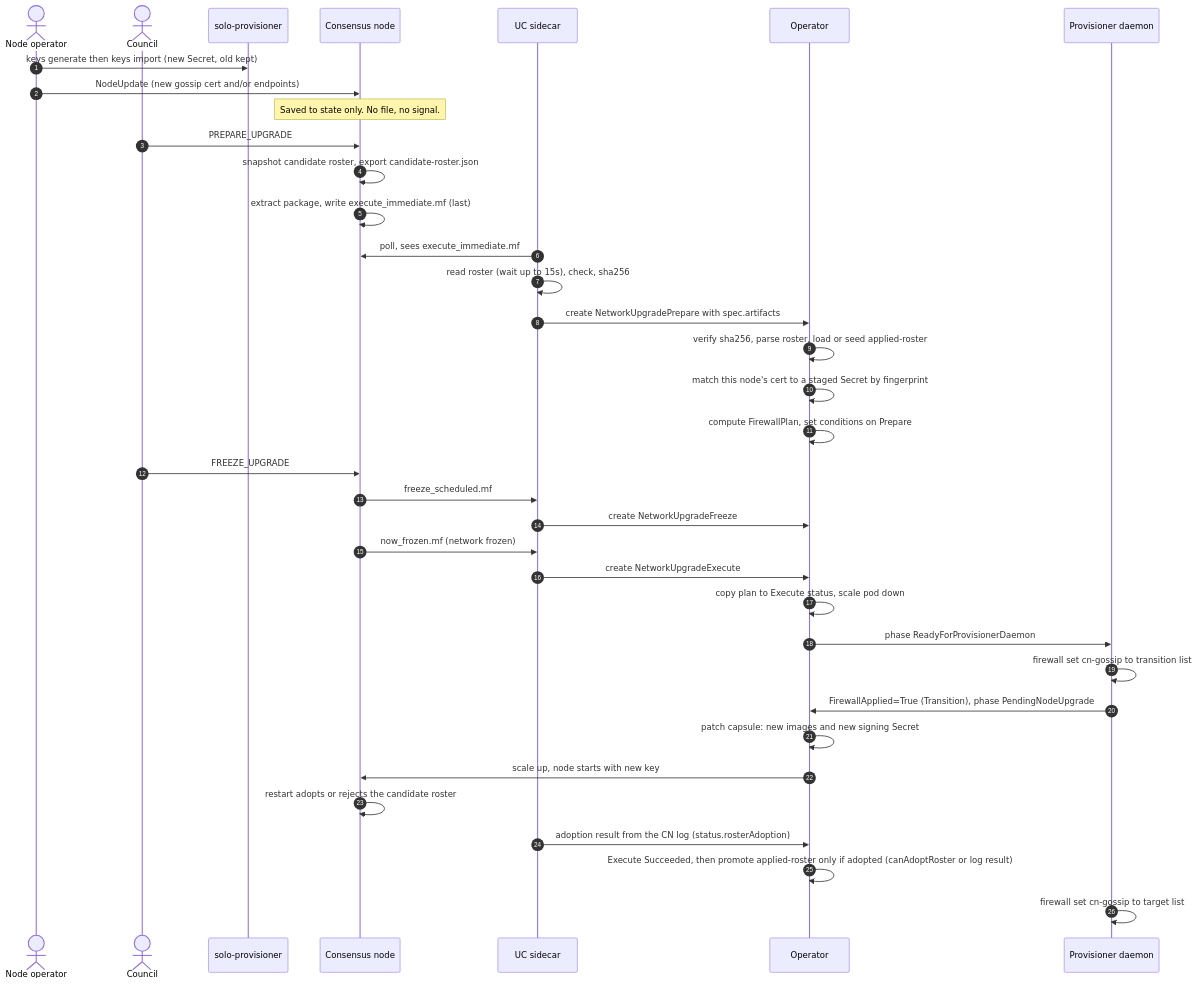
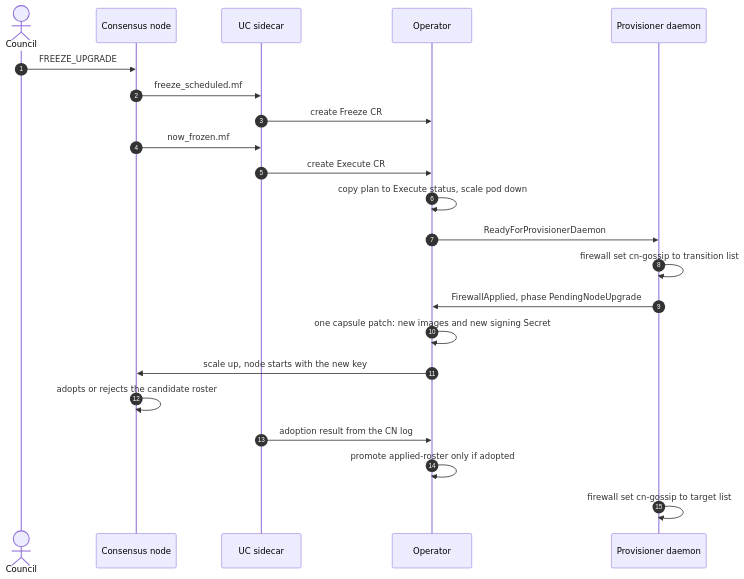
Before and after one commit to hashgraph/solo-operator: the second of 3 diagrams in docs/design/dab-key-rotation-and-firewall.md, drawn with Mermaid. The commit also changed other lines of this file and 2 other files, not shown here.

First line of the commit message:
docs(design): restructure DAB key rotation design and always swap the signing key

````diff
--- a/docs/design/dab-key-rotation-and-firewall.md
+++ b/docs/design/dab-key-rotation-and-firewall.md
@@ -122,44 +149,25 @@
 ```mermaid
 sequenceDiagram
     autonumber
-    actor NO as Node operator
     actor CO as Council
-    participant SP as solo-provisioner
     participant CN as Consensus node
     participant UC as UC sidecar
     participant OP as Operator
     participant DM as Provisioner daemon
 
-    NO->>SP: keys generate then keys import (new Secret, old kept)
-    NO->>CN: NodeUpdate (new gossip cert and/or endpoints)
-    Note over CN: Saved to state only. No file, no signal.
-
-    CO->>CN: PREPARE_UPGRADE
-    CN->>CN: snapshot candidate roster, export candidate-roster.json
-    CN->>CN: extract package, write execute_immediate.mf (last)
-
-    UC->>CN: poll, sees execute_immediate.mf
-    UC->>UC: read roster (wait up to 15s), check, sha256
-    UC->>OP: create NetworkUpgradePrepare with spec.artifacts
-    OP->>OP: verify sha256, parse roster, load or seed applied-roster
-    OP->>OP: match this node's cert to a staged Secret by fingerprint
-    OP->>OP: compute FirewallPlan, set conditions on Prepare
-
     CO->>CN: FREEZE_UPGRADE
     CN->>UC: freeze_scheduled.mf
-    UC->>OP: create NetworkUpgradeFreeze
-
-    CN->>UC: now_frozen.mf (network frozen)
-    UC->>OP: create NetworkUpgradeExecute
+    UC->>OP: create Freeze CR
+    CN->>UC: now_frozen.mf
+    UC->>OP: create Execute CR
     OP->>OP: copy plan to Execute status, scale pod down
-    OP->>DM: phase ReadyForProvisionerDaemon
+    OP->>DM: ReadyForProvisionerDaemon
     DM->>DM: firewall set cn-gossip to transition list
-    DM->>OP: FirewallApplied=True (Transition), phase PendingNodeUpgrade
-    OP->>OP: patch capsule: new images and new signing Secret
-    OP->>CN: scale up, node starts with new key
-
-    CN->>CN: restart adopts or rejects the candidate roster
-    UC->>OP: adoption result from the CN log (status.rosterAdoption)
-    OP->>OP: Execute Succeeded, then promote applied-roster only if adopted (canAdoptRoster or log result)
+    DM->>OP: FirewallApplied, phase PendingNodeUpgrade
+    OP->>OP: one capsule patch: new images and new signing Secret
+    OP->>CN: scale up, node starts with the new key
+    CN->>CN: adopts or rejects the candidate roster
+    UC->>OP: adoption result from the CN log
+    OP->>OP: promote applied-roster only if adopted
     DM->>DM: firewall set cn-gossip to target list
 ```
````
